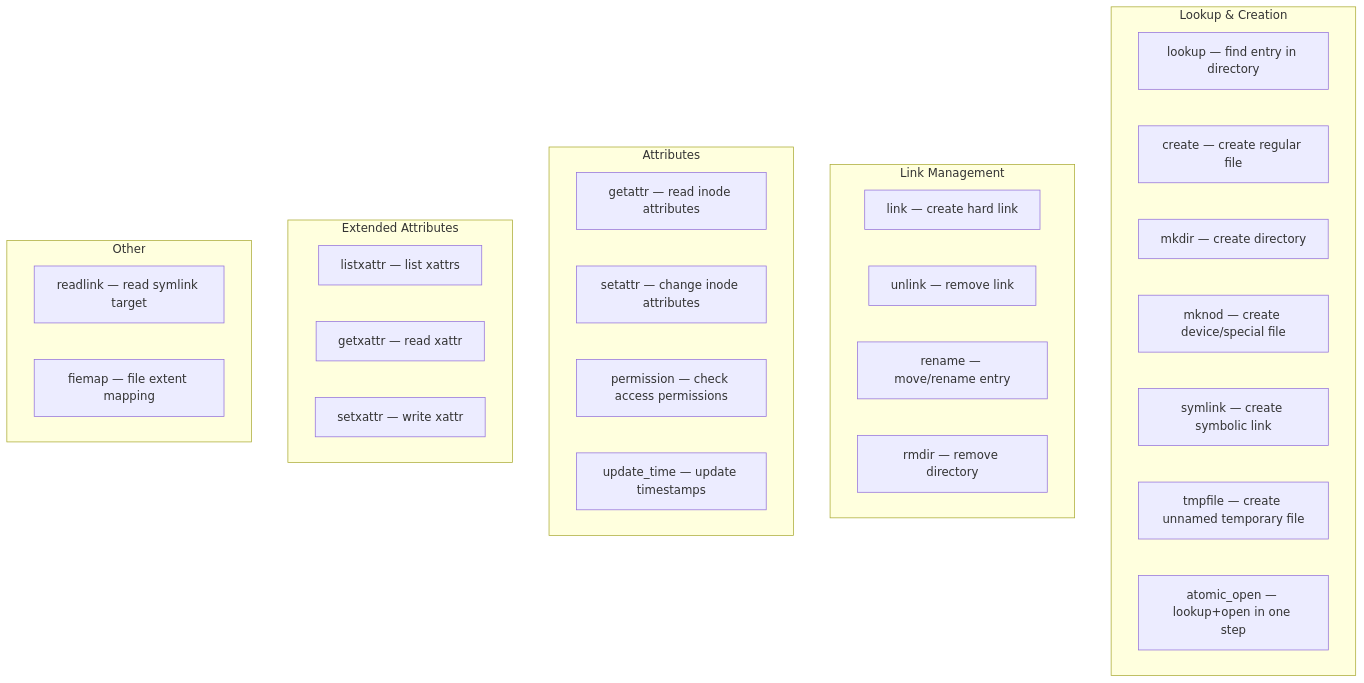
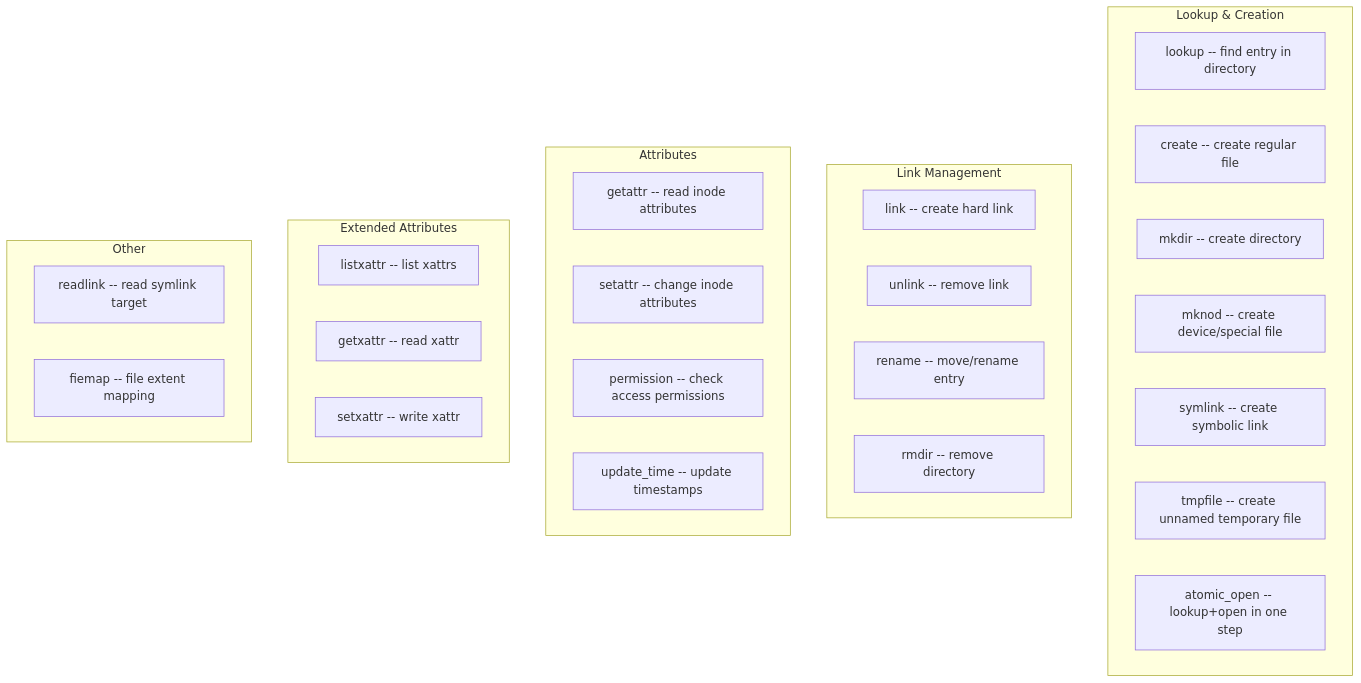
One commit to Abhinav-Kumar012/lb2 changed the first of 5 diagrams in src/kernel/filesystems/inode.md. Above: the diagram before and after it, drawn with Mermaid. The commit also changed other lines of this file and 211 other files, not shown here.

First line of the commit message:
fix: mermaid syntax issues across 212 files

````diff
--- a/src/kernel/filesystems/inode.md
+++ b/src/kernel/filesystems/inode.md
@@ -121,33 +121,33 @@
 ```mermaid
 graph TD
     subgraph "Lookup & Creation"
-        LOOKUP[lookup — find entry in directory]
-        CREATE[create — create regular file]
-        MKDIR[mkdir — create directory]
-        MKNOD[mknod — create device/special file]
-        SYMLINK[symlink — create symbolic link]
-        TMPFILE[tmpfile — create unnamed temporary file]
-        ATOMIC_OPEN[atomic_open — lookup+open in one step]
+        LOOKUP[lookup -- find entry in directory]
+        CREATE[create -- create regular file]
+        MKDIR[mkdir -- create directory]
+        MKNOD[mknod -- create device/special file]
+        SYMLINK[symlink -- create symbolic link]
+        TMPFILE[tmpfile -- create unnamed temporary file]
+        ATOMIC_OPEN[atomic_open -- lookup+open in one step]
     end
     subgraph "Link Management"
-        LINK[link — create hard link]
-        UNLINK[unlink — remove link]
-        RENAME[rename — move/rename entry]
-        RMDIR[rmdir — remove directory]
+        LINK[link -- create hard link]
+        UNLINK[unlink -- remove link]
+        RENAME[rename -- move/rename entry]
+        RMDIR[rmdir -- remove directory]
     end
     subgraph "Attributes"
-        GETATTR[getattr — read inode attributes]
-        SETATTR[setattr — change inode attributes]
-        PERMISSION[permission — check access permissions]
-        UPDATE_TIME[update_time — update timestamps]
+        GETATTR[getattr -- read inode attributes]
+        SETATTR[setattr -- change inode attributes]
+        PERMISSION[permission -- check access permissions]
+        UPDATE_TIME[update_time -- update timestamps]
     end
     subgraph "Extended Attributes"
-        LISTXATTR[listxattr — list xattrs]
-        GETXATTR[getxattr — read xattr]
-        SETXATTR[setxattr — write xattr]
+        LISTXATTR[listxattr -- list xattrs]
+        GETXATTR[getxattr -- read xattr]
+        SETXATTR[setxattr -- write xattr]
     end
     subgraph "Other"
-        READLINK[readlink — read symlink target]
-        FIEMAP[fiemap — file extent mapping]
+        READLINK[readlink -- read symlink target]
+        FIEMAP[fiemap -- file extent mapping]
     end
 ```
````
